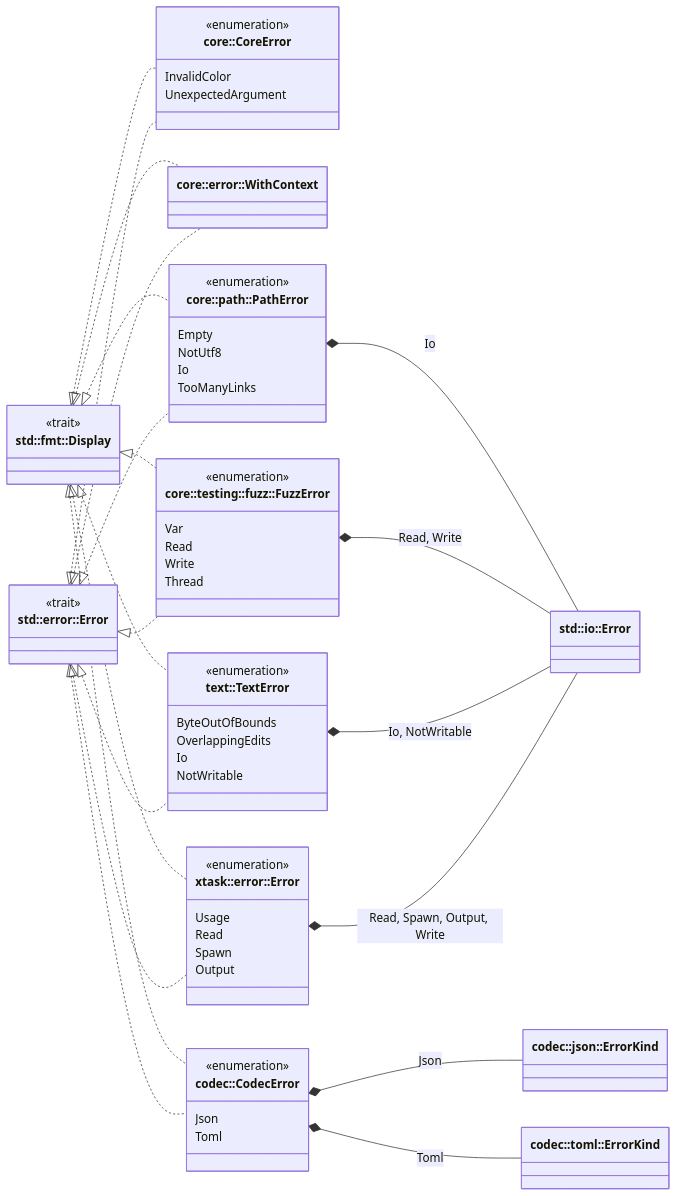
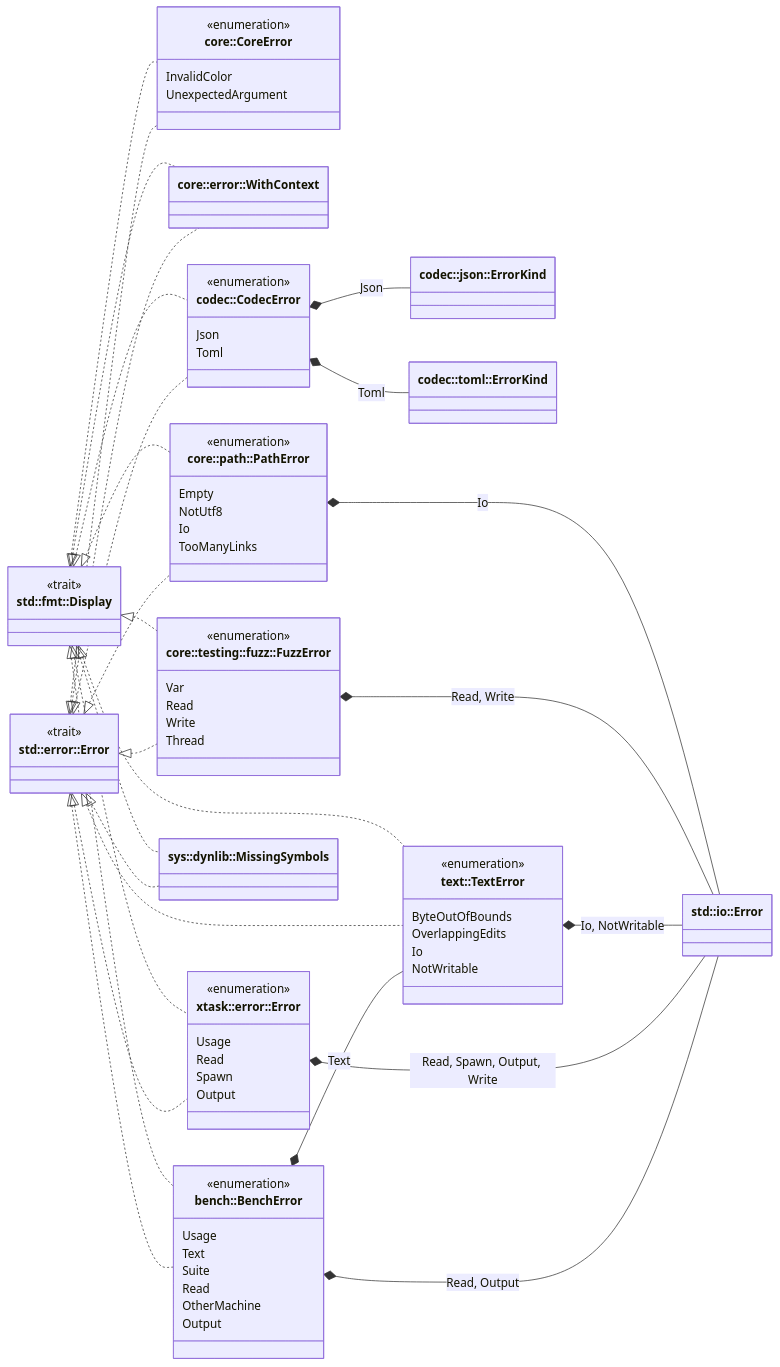
One commit to jabbott-iii/Tidepool changed diagram 32 of 32 in diagrams/class-diagrams.md. Above: the diagram before and after it, drawn with Mermaid. The commit also changed other lines of this file and 21 other files, not shown here.

First line of the commit message:
sys: dynlib, libc and X11 declarations (M2.1)

````diff
--- a/diagrams/class-diagrams.md
+++ b/diagrams/class-diagrams.md
@@ -2285,6 +2563,16 @@
         Spawn
         Output
     }
+    class MissingSymbols["sys::dynlib::MissingSymbols"]
+    class BenchError["bench::BenchError"] {
+        <<enumeration>>
+        Usage
+        Text
+        Suite
+        Read
+        OtherMachine
+        Output
+    }
     Display <|.. CoreError
     StdError <|.. CoreError
     Display <|.. WithContext
@@ -2299,10 +2587,16 @@
     StdError <|.. TextError
     Display <|.. XtaskError
     StdError <|.. XtaskError
+    Display <|.. BenchError
+    StdError <|.. BenchError
+    Display <|.. MissingSymbols
+    StdError <|.. MissingSymbols
     CodecError *-- JsonErrorKind : Json
     CodecError *-- TomlErrorKind : Toml
     PathError *-- IoError : Io
     FuzzError *-- IoError : Read, Write
     TextError *-- IoError : Io, NotWritable
     XtaskError *-- IoError : Read, Spawn, Output, Write
+    BenchError *-- TextError : Text
+    BenchError *-- IoError : Read, Output
 ```
````
